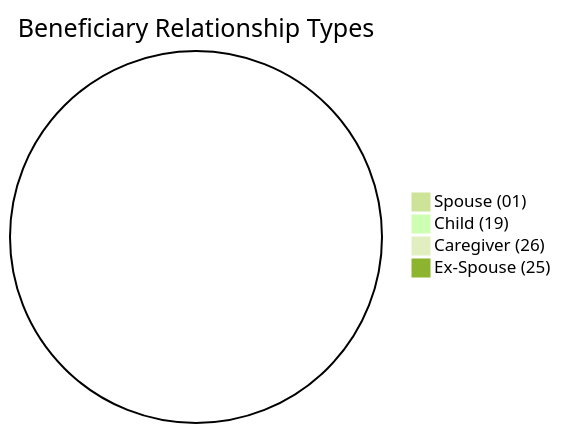
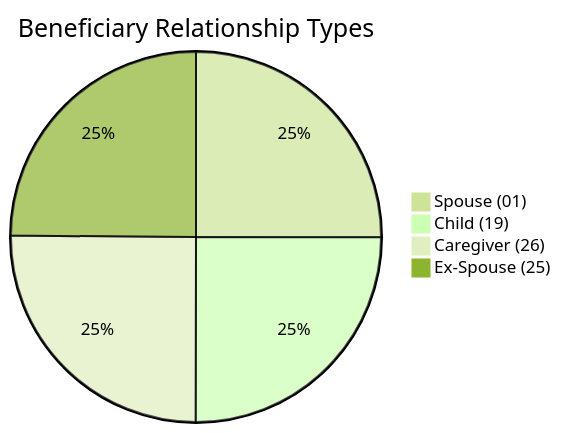
The ninth of 11 diagrams in test-tools/DataGen/src/Statistics_Visualizer.md (dhagan-va/intern-2025), drawn with Mermaid (forest theme) before and after one commit. The commit also changed other lines of this file and 2 other files, not shown here.

Commit message:
update to insure proper flow between 834 and 999

````diff
--- a/test-tools/DataGen/src/Statistics_Visualizer.md
+++ b/test-tools/DataGen/src/Statistics_Visualizer.md
@@ -98,7 +98,7 @@
 ```mermaid
 pie title Beneficiary Relationship Types
-    "Spouse (01)" : 0
-    "Child (19)" : 0
-    "Caregiver (26)" : 0
-    "Ex-Spouse (25)" : 0
+    "Spouse (01)" : 25030
+    "Child (19)" : 24999
+    "Caregiver (26)" : 25092
+    "Ex-Spouse (25)" : 24879
 ```
````
